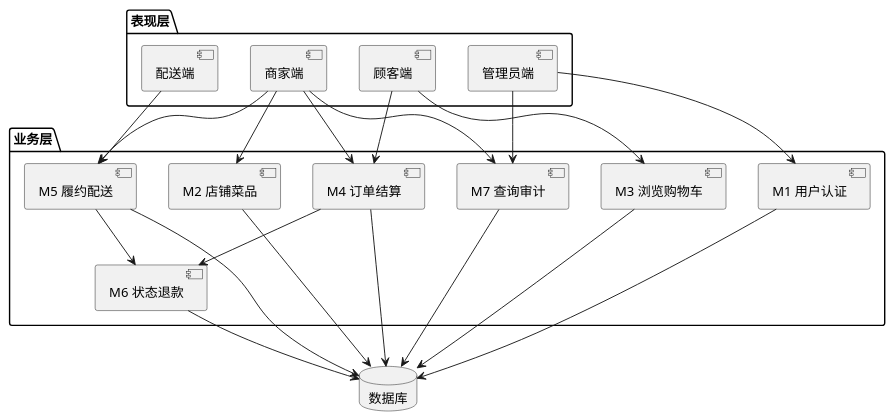
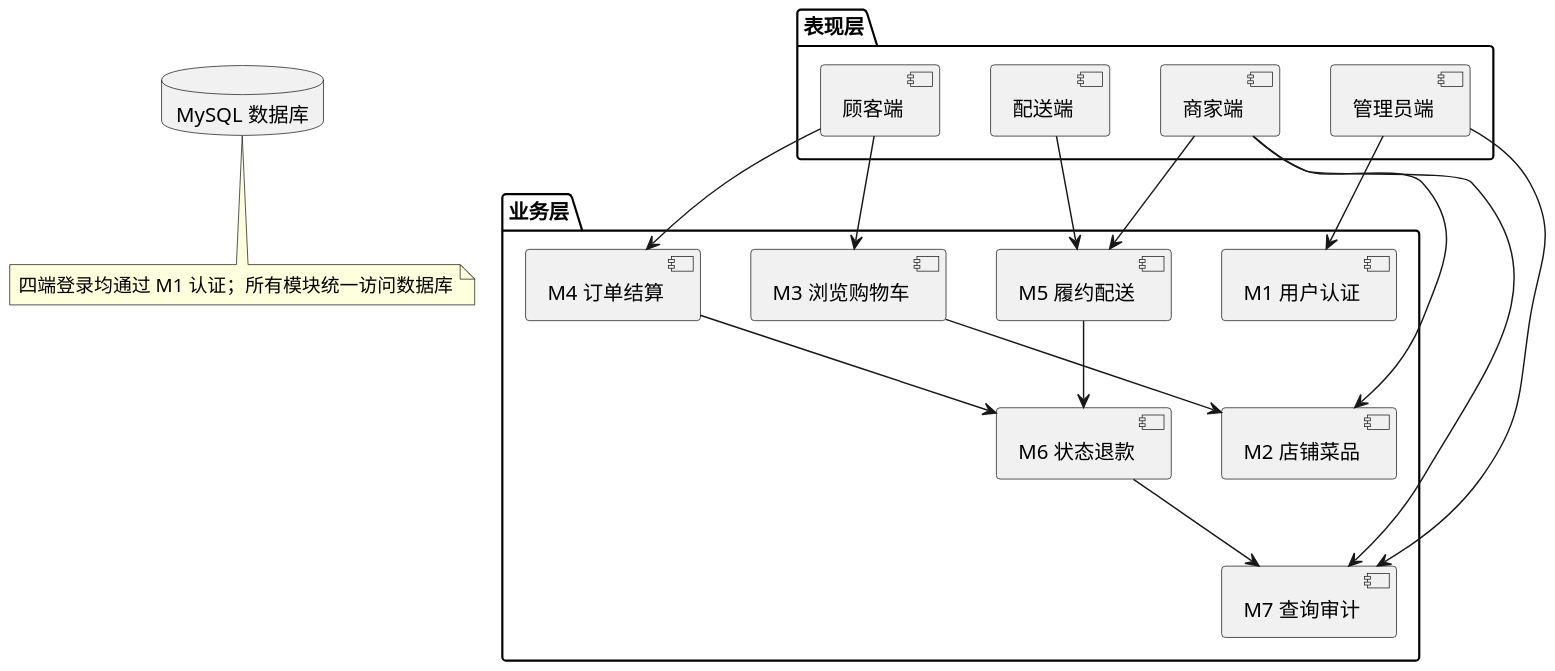
One commit to shenningxin-lab/software-engineering-lab changed the diagram in UML/UML组件图.puml. Above: the diagram before and after it, drawn with PlantUML. The commit also changed 23 other files, not shown here.

Commit message:
实验二：保存人工修改后的 UML 与 UI 设计

```diff
--- a/UML/UML组件图.puml
+++ b/UML/UML组件图.puml
@@ -1,41 +1,39 @@
 @startuml
 skinparam defaultFontName "Microsoft YaHei"
+skinparam shadowing false
+skinparam dpi 150
+top to bottom direction
 
 package "表现层" {
   component "顾客端" as UI_C
   component "商家端" as UI_M
   component "配送端" as UI_D
   component "管理员端" as UI_A
 }
 package "业务层" {
   component "M1 用户认证" as M1
   component "M2 店铺菜品" as M2
   component "M3 浏览购物车" as M3
   component "M4 订单结算" as M4
   component "M5 履约配送" as M5
   component "M6 状态退款" as M6
   component "M7 查询审计" as M7
 }
-database "数据库" as DB
+database "MySQL 数据库" as DB
 
 UI_C --> M3
 UI_C --> M4
 UI_M --> M2
-UI_M --> M4
 UI_M --> M5
 UI_M --> M7
 UI_D --> M5
 UI_A --> M1
 UI_A --> M7
 
+M3 --> M2
 M4 --> M6
 M5 --> M6
+M6 --> M7
 
-M1 --> DB
-M2 --> DB
-M3 --> DB
-M4 --> DB
-M5 --> DB
-M6 --> DB
-M7 --> DB
+note bottom of DB : 四端登录均通过 M1 认证；所有模块统一访问数据库
 @enduml
```
